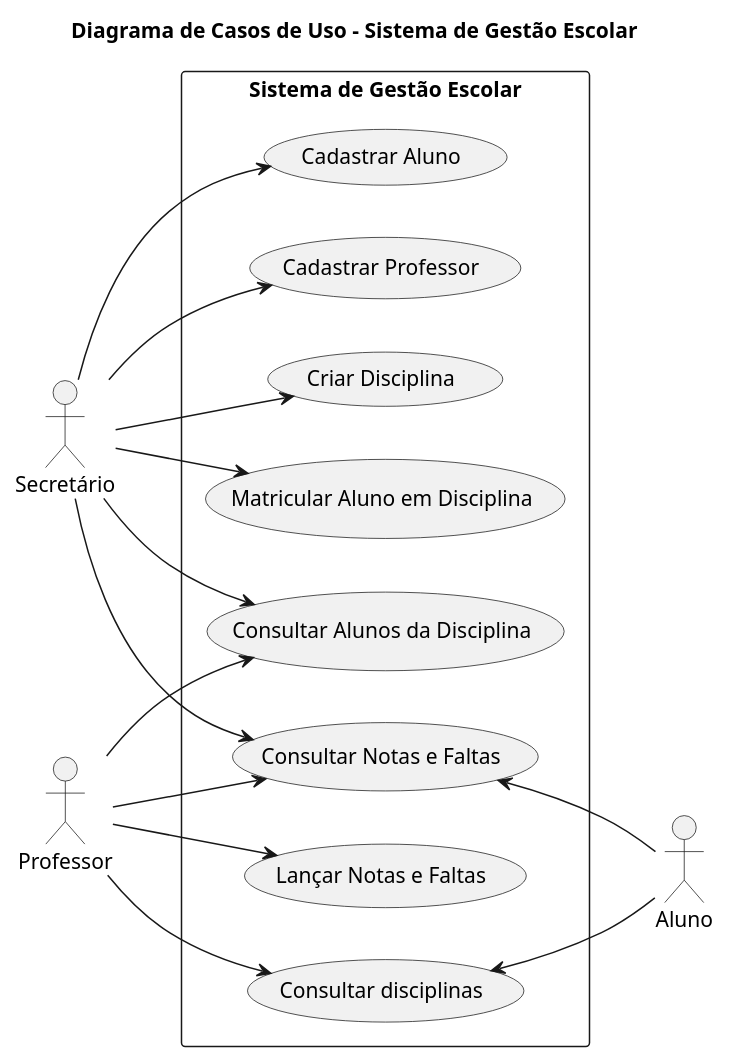
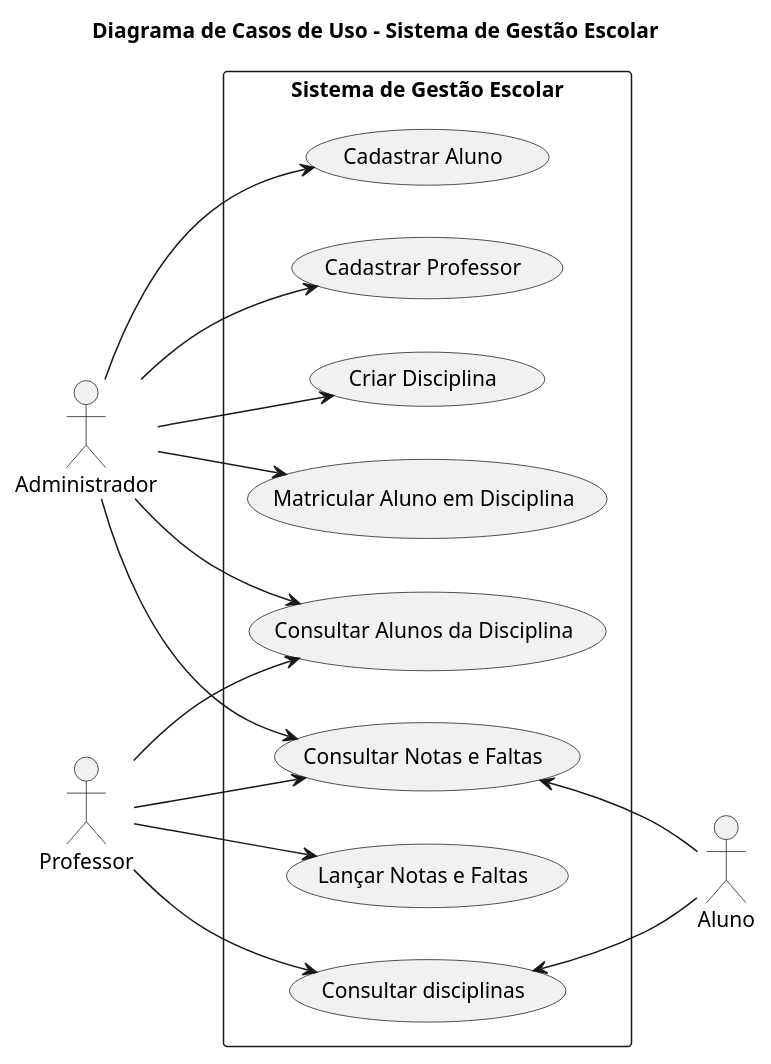
Before and after one commit to joaovitor-9/Sistema-de-Gestao-Escolar: the diagram in diagrama-casos-de-uso.puml, drawn with PlantUML. The commit also changed 3 other files, not shown here.

```diff
--- a/diagrama-casos-de-uso.puml
+++ b/diagrama-casos-de-uso.puml
@@ -1,51 +1,51 @@
 @startuml
 ' Título do Diagrama
 title Diagrama de Casos de Uso - Sistema de Gestão Escolar
 
 ' Layout da esquerda para a direita
 left to right direction
 
 ' Definição dos Atores
-actor Secretário
+actor Administrador
 actor Professor
 actor Aluno
 
 ' Delimitação do Sistema com um retângulo
 rectangle "Sistema de Gestão Escolar" {
-  ' Casos de Uso do Secretário
+  ' Casos de Uso do Administrador
   (Cadastrar Aluno) as UC1
   (Cadastrar Professor) as UC2
   (Criar Disciplina) as UC3
   (Matricular Aluno em Disciplina) as UC4
 
   ' Caso de Uso do Professor
   (Lançar Notas e Faltas) as UC5
 
   ' Caso de Uso Compartilhado
   (Consultar Alunos da Disciplina) as UC6
   (Consultar Notas e Faltas) as UC7
   (Consultar disciplinas) as UC8
 }
 
-' Relacionamentos do Secretário com os Casos de Uso
-Secretário --> UC1
-Secretário --> UC2
-Secretário --> UC3
-Secretário --> UC4
+' Relacionamentos do Administrador com os Casos de Uso
+Administrador --> UC1
+Administrador --> UC2
+Administrador --> UC3
+Administrador --> UC4
 
 ' Relacionamento do Professor com os Casos de Uso
 Professor --> UC5
 
 ' Ambos os atores podem realizar a consulta
-Secretário --> UC6
+Administrador --> UC6
 Professor --> UC6
 
 ' Todos os atores podem realizar a consulta
-Secretário --> UC7
+Administrador --> UC7
 Professor --> UC7
 UC7 <-- Aluno
 
 ' Ambos os atores podem realizar a consulta
 Professor --> UC8
 UC8 <-- Aluno
 @enduml
```
